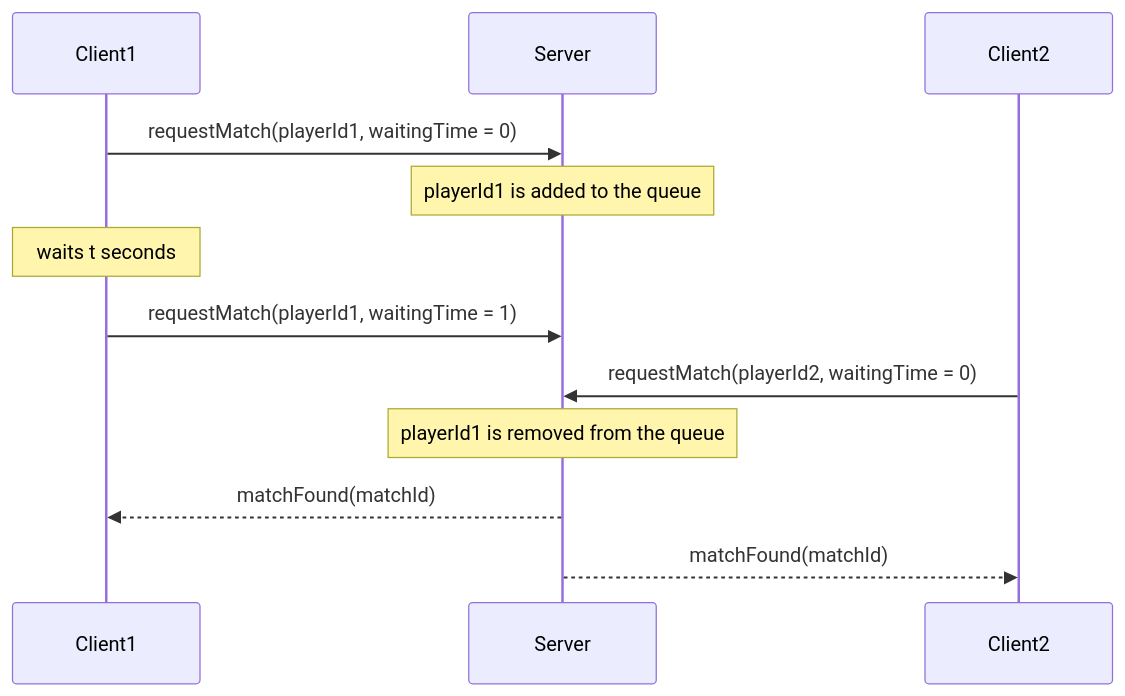
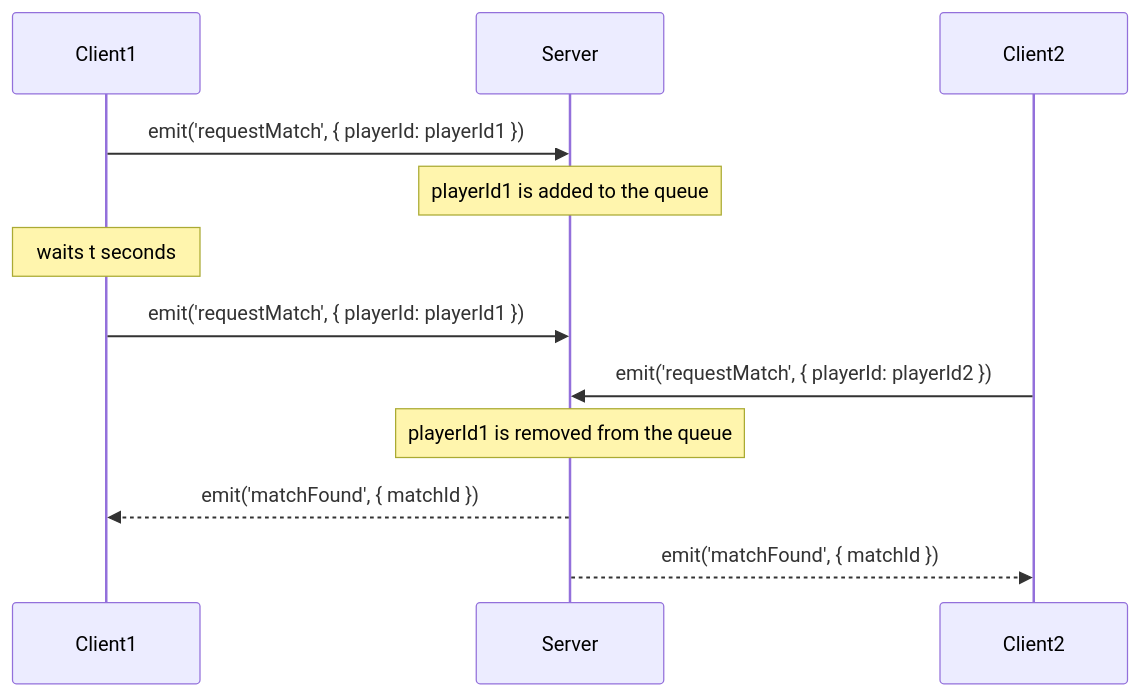
Before and after one commit to AndreaB2000/ASW-project: the sixth of 7 diagrams in docs/report.md, drawn with Mermaid. The commit also changed other lines of this file, not shown here.

Commit message:
docs: update matchmaking sequence diagram

````diff
--- a/docs/report.md
+++ b/docs/report.md
@@ -449,17 +449,17 @@
 ```mermaid
 sequenceDiagram
    participant Client1
    participant Server
    participant Client2
 
-   Client1->>Server: requestMatch(playerId1, waitingTime = 0)
+   Client1->>Server: emit('requestMatch', { playerId: playerId1 })
    Note over Server: playerId1 is added to the queue
    Note over Client1: waits t seconds
-   Client1->>Server: requestMatch(playerId1, waitingTime = 1)
+   Client1->>Server: emit('requestMatch', { playerId: playerId1 })
 
-   Client2->>Server: requestMatch(playerId2, waitingTime = 0)
+   Client2->>Server: emit('requestMatch', { playerId: playerId2 })
 
    Note over Server: playerId1 is removed from the queue
-   Server-->>Client1: matchFound(matchId)
-   Server-->>Client2: matchFound(matchId)
+   Server-->>Client1: emit('matchFound', { matchId })
+   Server-->>Client2: emit('matchFound', { matchId })
 ```
````
